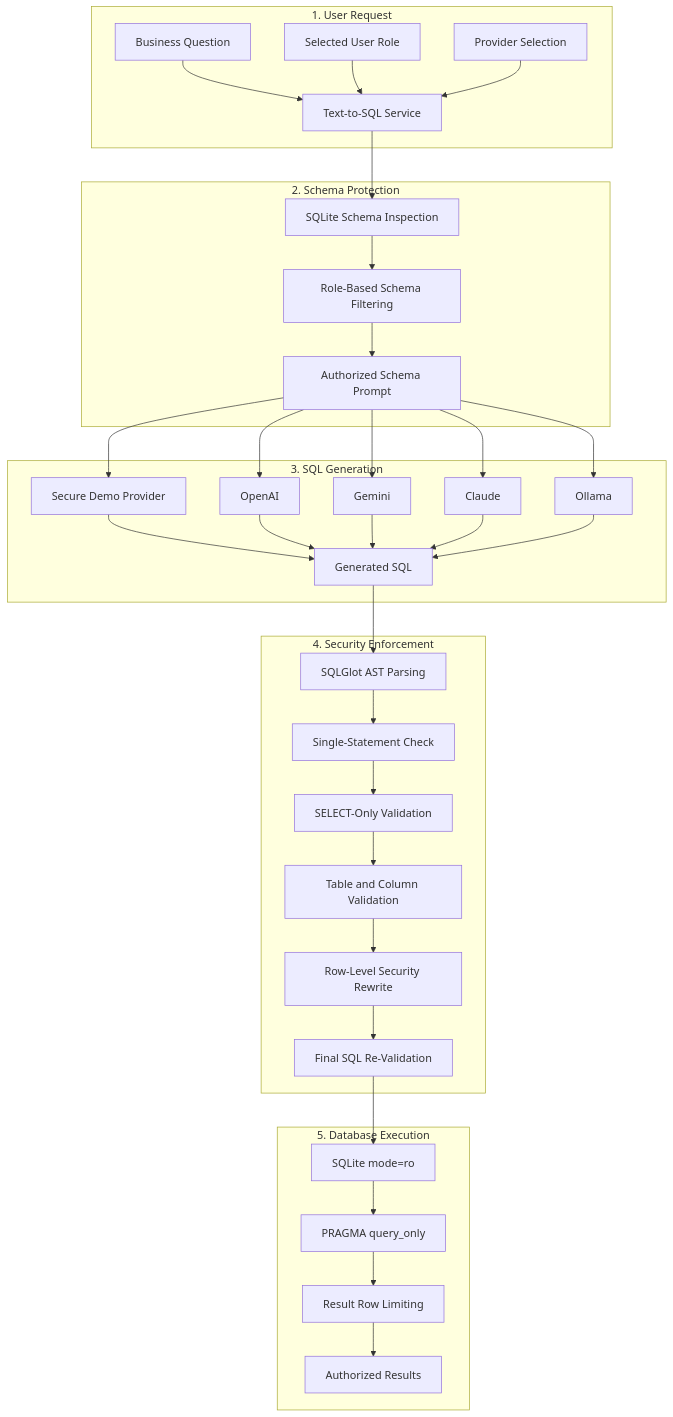
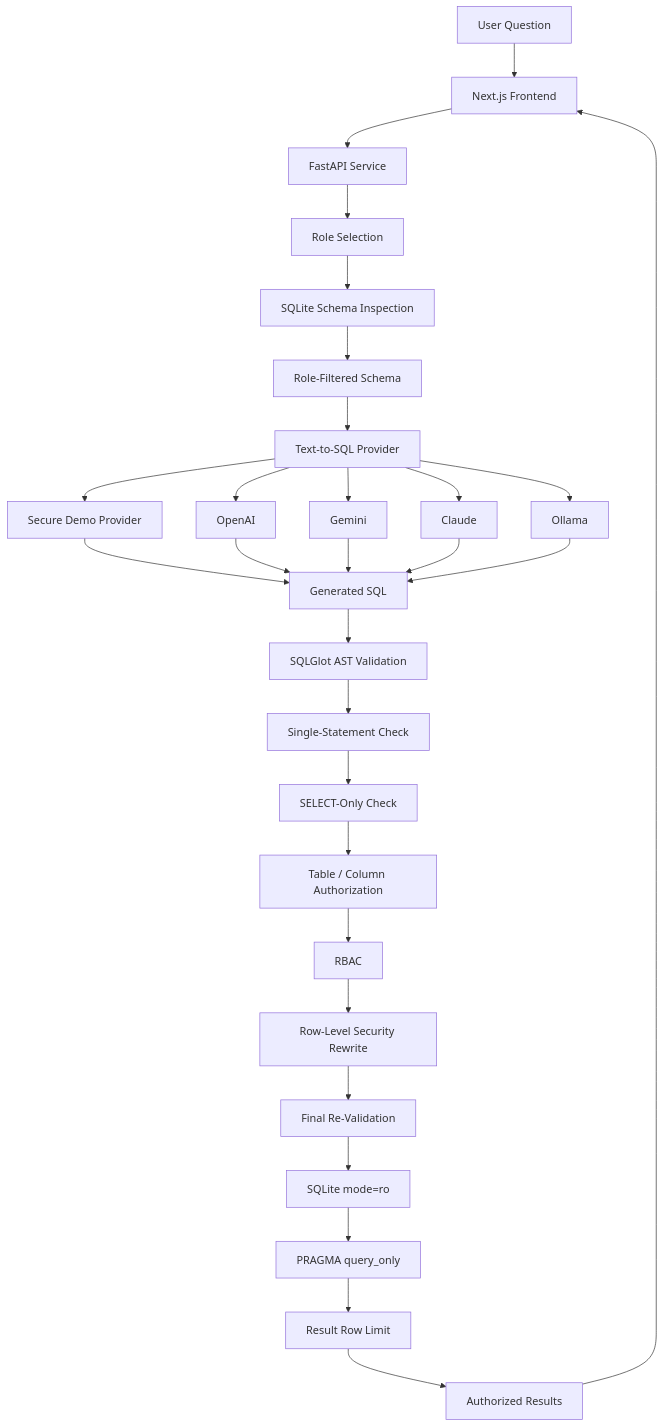
Before and after one commit to Azoqoz/Text-to-SQL-with-Guardrails: the diagram in README.md, drawn with Mermaid. The commit also changed other lines of this file, not shown here.

````diff
--- a/README.md
+++ b/README.md
@@ -107,64 +140,39 @@
 ```mermaid
 flowchart TD
-    subgraph A["1. User Request"]
-        A1[Business Question]
-        A2[Selected User Role]
-        A3[Provider Selection]
+    A["User Question"] --> B["Next.js Frontend"]
+    B --> C["FastAPI Service"]
 
-        A1 --> A4[Text-to-SQL Service]
-        A2 --> A4
-        A3 --> A4
-    end
+    C --> D["Role Selection"]
 
-    subgraph B["2. Schema Protection"]
-        B1[SQLite Schema Inspection]
-        B2[Role-Based Schema Filtering]
-        B3[Authorized Schema Prompt]
+    D --> E["SQLite Schema Inspection"]
+    E --> F["Role-Filtered Schema"]
 
-        B1 --> B2 --> B3
-    end
+    F --> G["Text-to-SQL Provider"]
 
-    subgraph C["3. SQL Generation"]
-        C1[Secure Demo Provider]
-        C2[OpenAI]
-        C3[Gemini]
-        C4[Claude]
-        C5[Ollama]
-        C6[Generated SQL]
+    G --> G1["Secure Demo Provider"]
+    G --> G2["OpenAI"]
+    G --> G3["Gemini"]
+    G --> G4["Claude"]
+    G --> G5["Ollama"]
 
-        C1 --> C6
-        C2 --> C6
-        C3 --> C6
-        C4 --> C6
-        C5 --> C6
-    end
+    G1 --> H["Generated SQL"]
+    G2 --> H
+    G3 --> H
+    G4 --> H
+    G5 --> H
 
-    subgraph D["4. Security Enforcement"]
-        D1[SQLGlot AST Parsing]
-        D2[Single-Statement Check]
-        D3[SELECT-Only Validation]
-        D4[Table and Column Validation]
-        D5[Row-Level Security Rewrite]
-        D6[Final SQL Re-Validation]
+    H --> I["SQLGlot AST Validation"]
+    I --> J["Single-Statement Check"]
+    J --> K["SELECT-Only Check"]
+    K --> L["Table / Column Authorization"]
+    L --> M["RBAC"]
+    M --> N["Row-Level Security Rewrite"]
+    N --> O["Final Re-Validation"]
 
-        D1 --> D2 --> D3 --> D4 --> D5 --> D6
-    end
+    O --> P["SQLite mode=ro"]
+    P --> Q["PRAGMA query_only"]
+    Q --> R["Result Row Limit"]
+    R --> S["Authorized Results"]
 
-    subgraph E["5. Database Execution"]
-        E1[SQLite mode=ro]
-        E2[PRAGMA query_only]
-        E3[Result Row Limiting]
-        E4[Authorized Results]
-
-        E1 --> E2 --> E3 --> E4
-    end
-
-    A4 --> B1
-    B3 --> C1
-    B3 --> C2
-    B3 --> C3
-    B3 --> C4
-    B3 --> C5
-    C6 --> D1
-    D6 --> E1
+    S --> B
 ```
````
